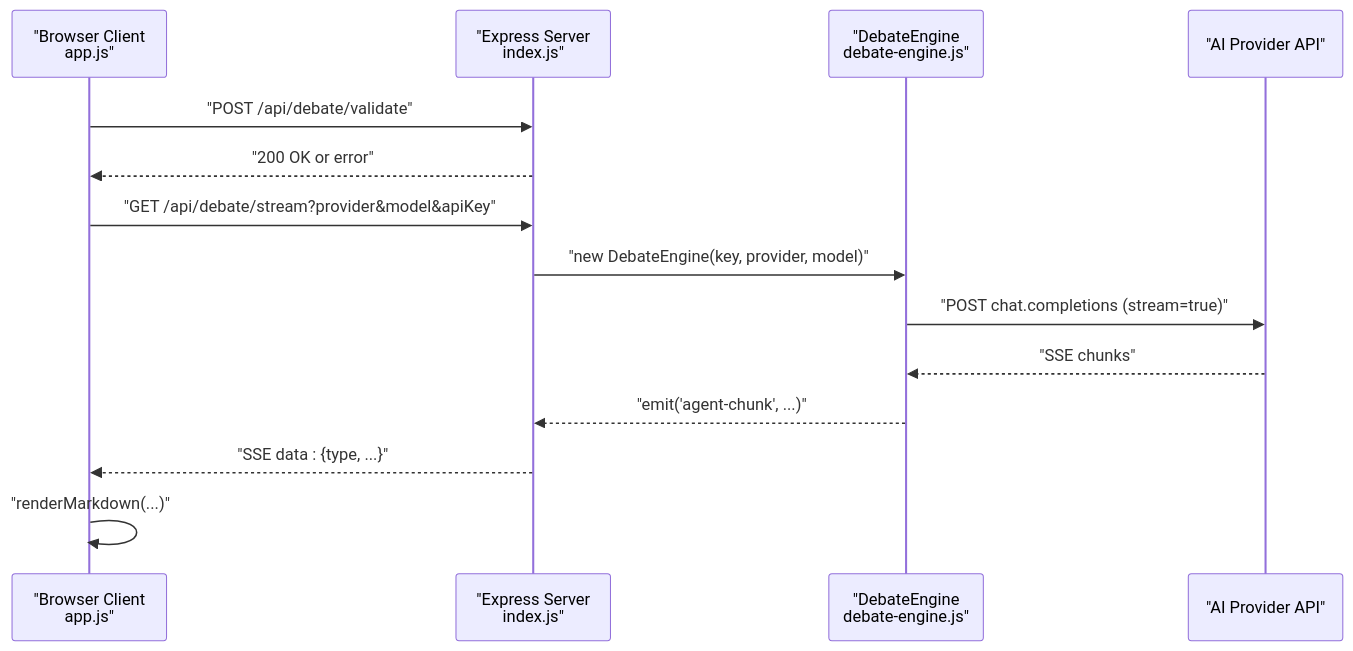
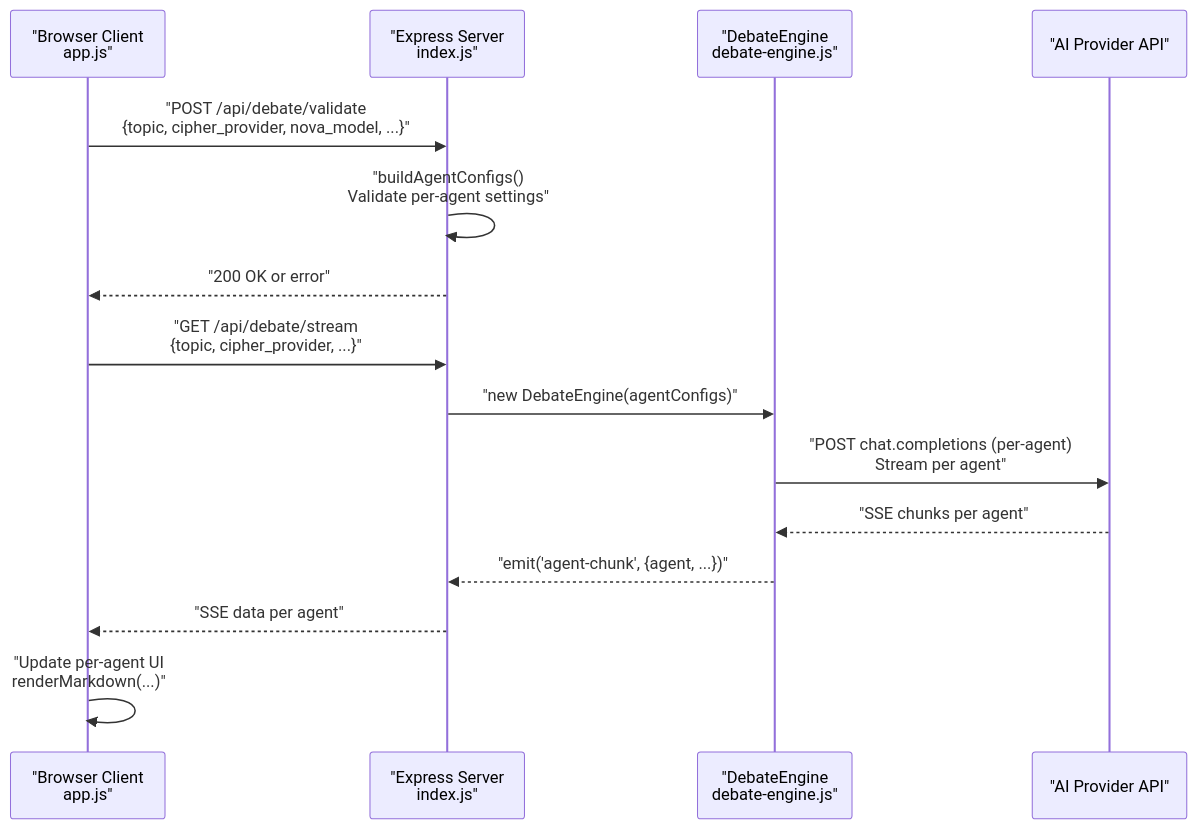
The second of 3 diagrams in .qoder/repowiki/en/content/AI Debate Engine/AI Provider Integration.md (RunTimeAdmin/tri-ai), drawn with Mermaid before and after one commit. The commit also changed other lines of this file and 13 other files, not shown here.

````diff
--- a/.qoder/repowiki/en/content/AI Debate Engine/AI Provider Integration.md
+++ b/.qoder/repowiki/en/content/AI Debate Engine/AI Provider Integration.md
@@ -82,16 +95,17 @@
 ```mermaid
 sequenceDiagram
 participant Client as "Browser Client<br/>app.js"
 participant Server as "Express Server<br/>index.js"
 participant Engine as "DebateEngine<br/>debate-engine.js"
 participant Provider as "AI Provider API"
-Client->>Server : "POST /api/debate/validate"
+Client->>Server : "POST /api/debate/validate<br/>{topic, cipher_provider, nova_model, ...}"
+Server->>Server : "buildAgentConfigs()<br/>Validate per-agent settings"
 Server-->>Client : "200 OK or error"
-Client->>Server : "GET /api/debate/stream?provider&model&apiKey"
-Server->>Engine : "new DebateEngine(key, provider, model)"
-Engine->>Provider : "POST chat.completions (stream=true)"
-Provider-->>Engine : "SSE chunks"
-Engine-->>Server : "emit('agent-chunk', ...)"
-Server-->>Client : "SSE data : {type, ...}"
-Client->>Client : "renderMarkdown(...)"
+Client->>Server : "GET /api/debate/stream<br/>{topic, cipher_provider, ...}"
+Server->>Engine : "new DebateEngine(agentConfigs)"
+Engine->>Provider : "POST chat.completions (per-agent)<br/>Stream per agent"
+Provider-->>Engine : "SSE chunks per agent"
+Engine-->>Server : "emit('agent-chunk', {agent, ...})"
+Server-->>Client : "SSE data per agent"
+Client->>Client : "Update per-agent UI<br/>renderMarkdown(...)"
 ```
````
